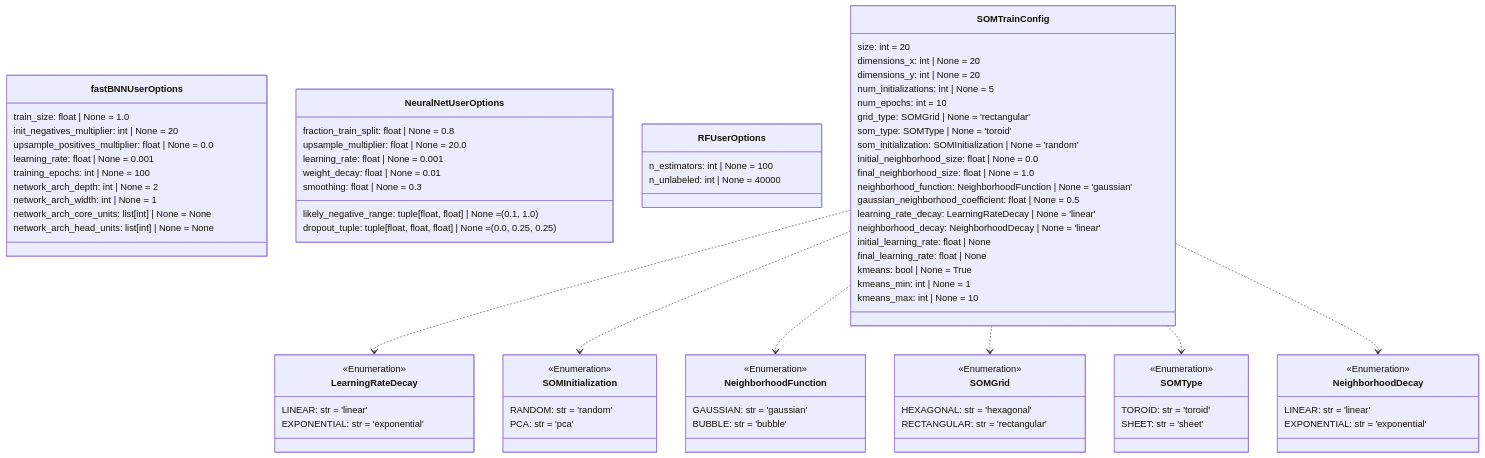
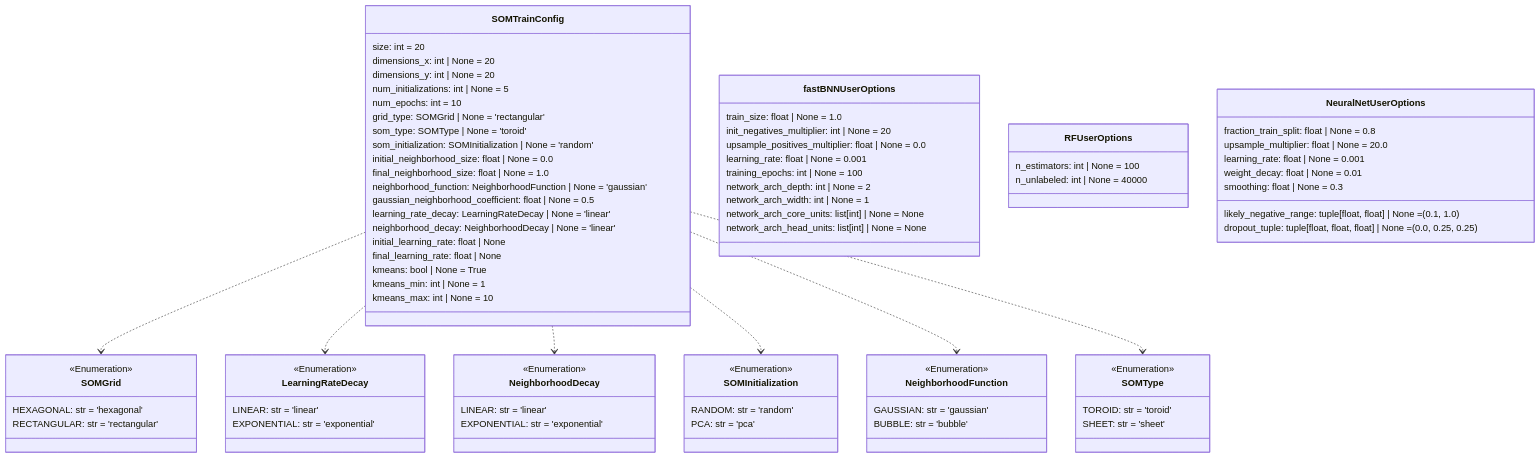
One commit to DARPA-CRITICALMAAS/cdr_schemas changed diagram 14 of 14 in README.md. Above: the diagram before and after it, drawn with Mermaid. The commit also changed other lines of this file, not shown here.

````diff
--- a/README.md
+++ b/README.md
@@ -1302,23 +1317,5 @@
 ```mermaid
 classDiagram
-
-    class LearningRateDecay {
-        <<Enumeration>>
-        LINEAR: str = 'linear'
-        EXPONENTIAL: str = 'exponential'
-    }
-
-    class SOMInitialization {
-        <<Enumeration>>
-        RANDOM: str = 'random'
-        PCA: str = 'pca'
-    }
-
-    class NeighborhoodFunction {
-        <<Enumeration>>
-        GAUSSIAN: str = 'gaussian'
-        BUBBLE: str = 'bubble'
-    }
 
     class SOMGrid {
         <<Enumeration>>
@@ -1326,37 +1323,10 @@
         RECTANGULAR: str = 'rectangular'
     }
 
-    class fastBNNUserOptions {
-        train_size: float | None = 1.0
-        init_negatives_multiplier: int | None = 20
-        upsample_positives_multiplier: float | None = 0.0
-        learning_rate: float | None = 0.001
-        training_epochs: int | None = 100
-        network_arch_depth: int | None = 2
-        network_arch_width: int | None = 1
-        network_arch_core_units: list[int] | None = None
-        network_arch_head_units: list[int] | None = None
-    }
-
-    class NeighborhoodDecay {
+    class LearningRateDecay {
         <<Enumeration>>
         LINEAR: str = 'linear'
         EXPONENTIAL: str = 'exponential'
-    }
-
-    class NeuralNetUserOptions {
-        likely_negative_range: tuple[float, float] | None = (0.1, 1.0)
-        fraction_train_split: float | None = 0.8
-        upsample_multiplier: float | None = 20.0
-        dropout_tuple: tuple[float, float, float] | None = (0.0, 0.25, 0.25)
-        learning_rate: float | None = 0.001
-        weight_decay: float | None = 0.01
-        smoothing: float | None = 0.3
-    }
-
-    class RFUserOptions {
-        n_estimators: int | None = 100
-        n_unlabeled: int | None = 40000
     }
 
     class SOMTrainConfig {
@@ -1381,18 +1351,63 @@
         kmeans_max: int | None = 10
     }
 
+    class NeighborhoodDecay {
+        <<Enumeration>>
+        LINEAR: str = 'linear'
+        EXPONENTIAL: str = 'exponential'
+    }
+
+    class SOMInitialization {
+        <<Enumeration>>
+        RANDOM: str = 'random'
+        PCA: str = 'pca'
+    }
+
+    class fastBNNUserOptions {
+        train_size: float | None = 1.0
+        init_negatives_multiplier: int | None = 20
+        upsample_positives_multiplier: float | None = 0.0
+        learning_rate: float | None = 0.001
+        training_epochs: int | None = 100
+        network_arch_depth: int | None = 2
+        network_arch_width: int | None = 1
+        network_arch_core_units: list[int] | None = None
+        network_arch_head_units: list[int] | None = None
+    }
+
+    class NeighborhoodFunction {
+        <<Enumeration>>
+        GAUSSIAN: str = 'gaussian'
+        BUBBLE: str = 'bubble'
+    }
+
+    class RFUserOptions {
+        n_estimators: int | None = 100
+        n_unlabeled: int | None = 40000
+    }
+
     class SOMType {
         <<Enumeration>>
         TOROID: str = 'toroid'
         SHEET: str = 'sheet'
     }
 
+    class NeuralNetUserOptions {
+        likely_negative_range: tuple[float, float] | None = (0.1, 1.0)
+        fraction_train_split: float | None = 0.8
+        upsample_multiplier: float | None = 20.0
+        dropout_tuple: tuple[float, float, float] | None = (0.0, 0.25, 0.25)
+        learning_rate: float | None = 0.001
+        weight_decay: float | None = 0.01
+        smoothing: float | None = 0.3
+    }
+
+    SOMTrainConfig ..> SOMGrid
     SOMTrainConfig ..> LearningRateDecay
+    SOMTrainConfig ..> NeighborhoodDecay
     SOMTrainConfig ..> SOMInitialization
     SOMTrainConfig ..> NeighborhoodFunction
-    SOMTrainConfig ..> SOMGrid
     SOMTrainConfig ..> SOMType
-    SOMTrainConfig ..> NeighborhoodDecay
 
 
 ```
````
